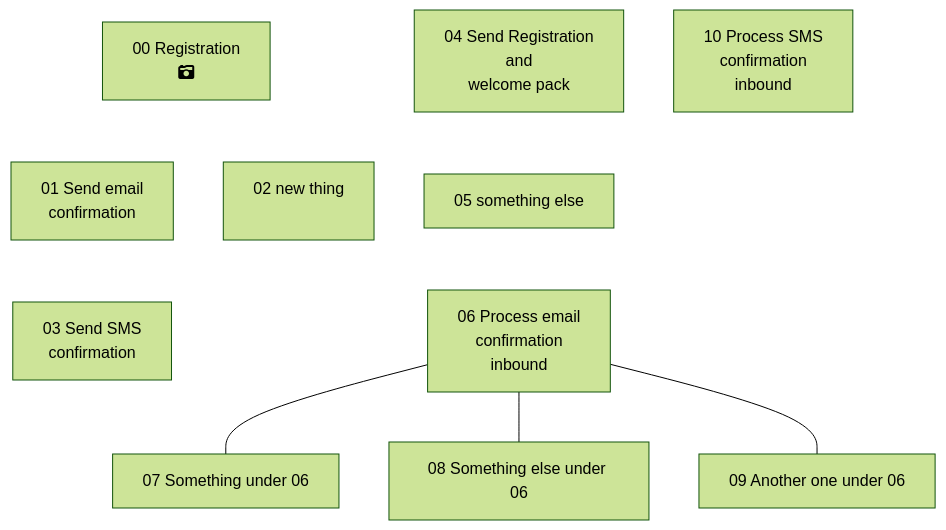
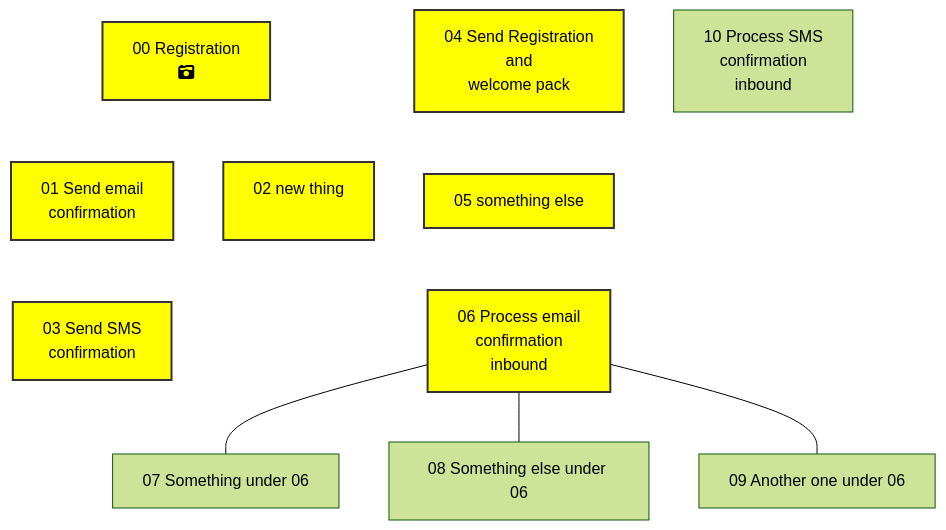
Before and after one commit to jimdeane/OpenCCM-wiki: the diagram in User%2DJourneys.md, drawn with Mermaid (forest theme).

Commit message:
Updated User-Journeys

```diff
--- a/User%2DJourneys.md
+++ b/User%2DJourneys.md
@@ -2,27 +2,27 @@
 ::: mermaid
 graph TD;
 id00[00 Registration<br>fa:fa-camera-retro<br>];
 id00---id01[01 Send email<br>confirmation];
 id00---id02[02 new thing<br><br>];
 id01---id03[03 Send SMS<br>confirmation];
 id04[04 Send Registration<br>and<br>welcome pack];
 id04---id05[05 something else];
 id05---id06[06 Process email<br>confirmation<br>inbound];
 id06---id07[07 Something under 06]
 id06---id08[08 Something else under 06]
 id06---id09[09 Another one under 06]
 id10[10 Process SMS<br>confirmation<br>inbound];
 
 
 class id00,id01,id02,id03,id04,id05,id06 yyy;
-classDef yyyf ill:yellow,stroke:#333,stroke-width:2px;
+classDef yyy fill:yellow,stroke:#333,stroke-width:2px;
 linkStyle 0 stroke:#FFF,stroke-width:4px,color:red;
 linkStyle 1 stroke:#FFF,stroke-width:4px,color:red;
 linkStyle 2 stroke:#FFF,stroke-width:4px,color:red;
 linkStyle 3 stroke:#FFF,stroke-width:4px,color:red;
 linkStyle 4 stroke:#FFF,stroke-width:4px,color:red;
 %%linkStyle 5 stroke:#FFF,stroke-width:4px,color:red;
 %%linkStyle 6 stroke:#FFF,stroke-width:4px,color:red;
 %%linkStyle 7 stroke:#FFF,stroke-width:4px,color:red;
 
 :::
```
